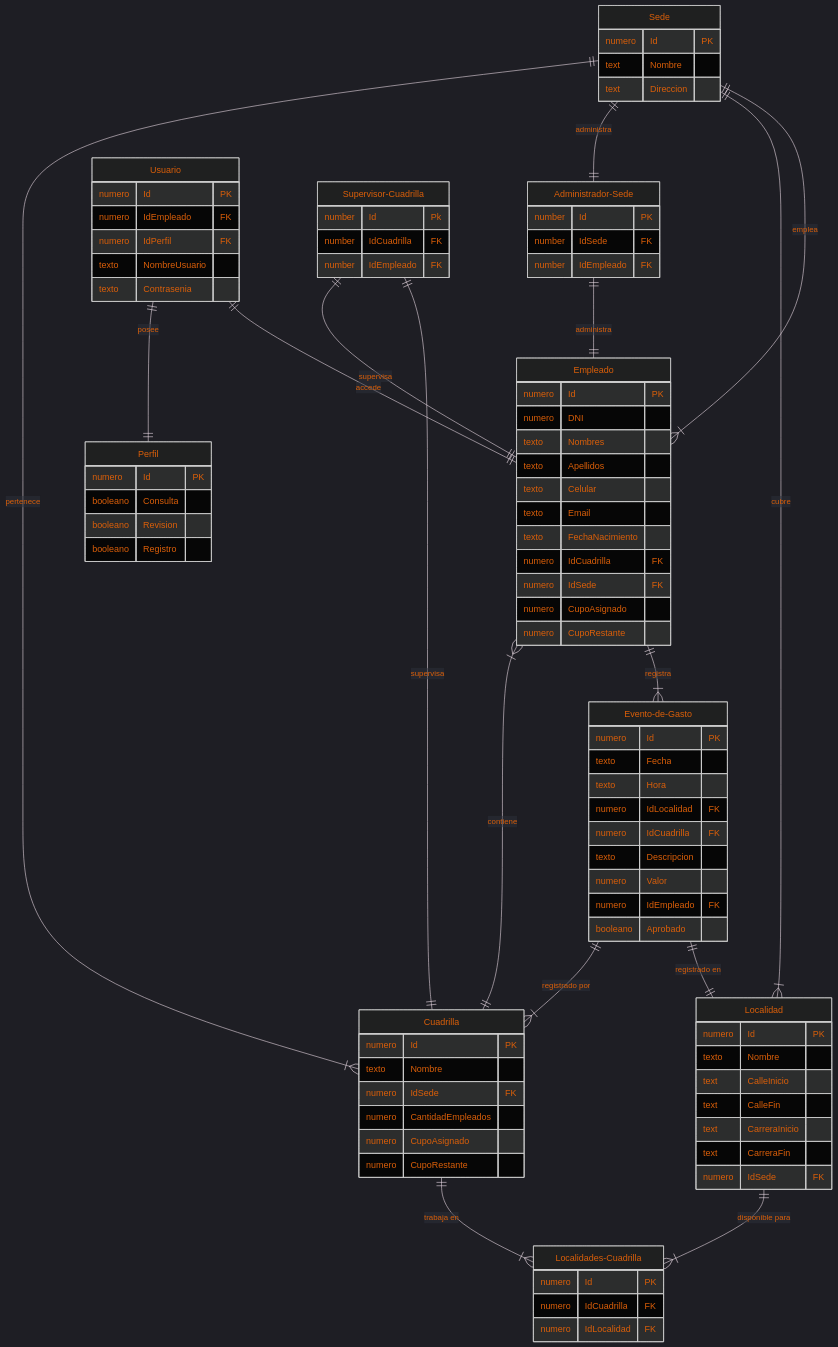
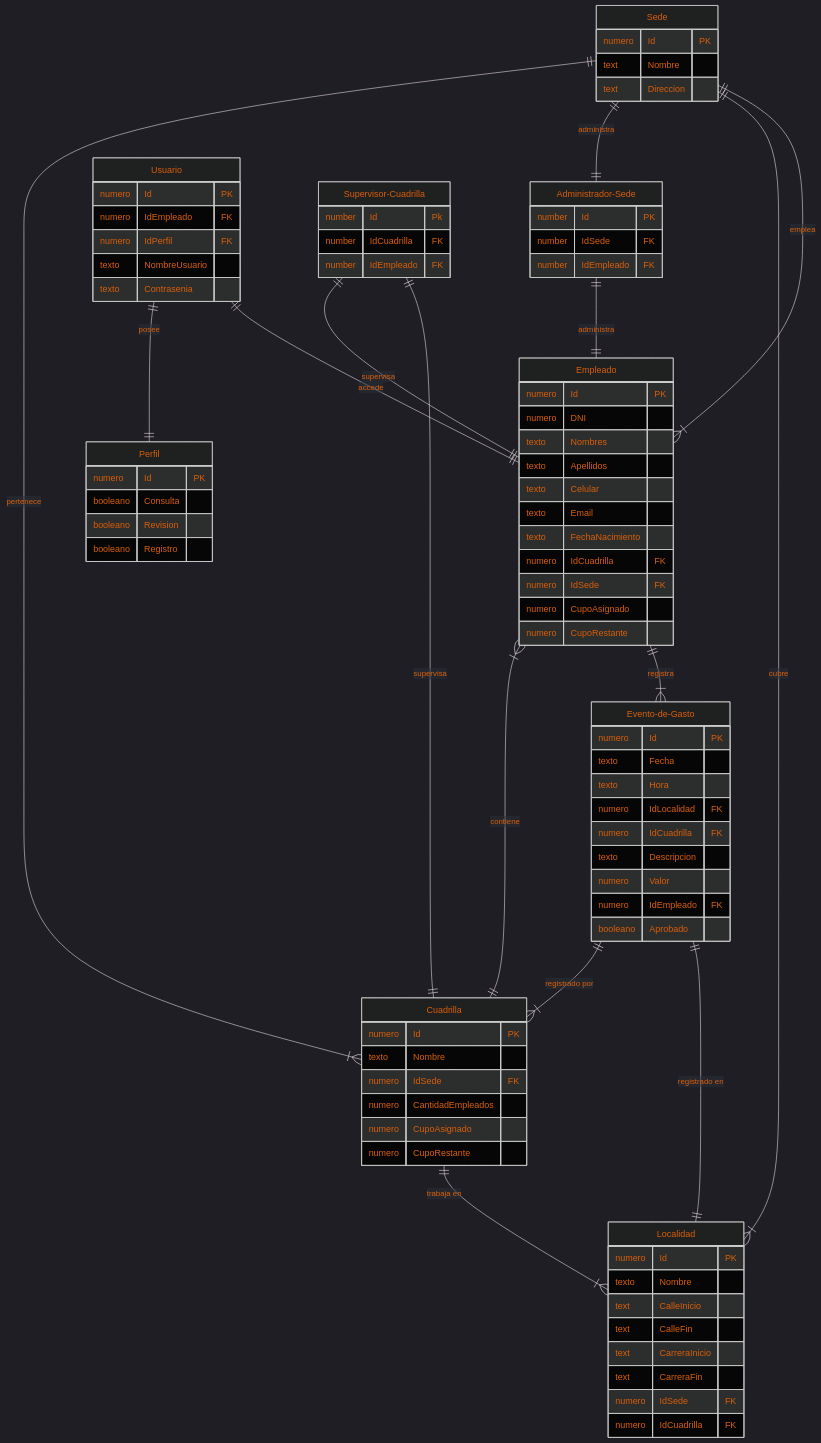
The third of 3 diagrams in README.md (sfelipehh/ProgramacionAplicada), drawn with Mermaid before and after one commit. The commit also changed other lines of this file and 36 other files, not shown here.

Commit message:
Correción del MR y de otros diagramas; entidades, repositorios, y urls de registro y consulta creadas

```diff
--- a/README.md
+++ b/README.md
@@ -104,7 +102,7 @@
     Sede ||--|| Administrador-Sede : administra
     
     Cuadrilla }|--|| Sede : pertenece
-    Cuadrilla ||--|{ Localidades-Cuadrilla : "trabaja en"
+    Cuadrilla ||--|{ Localidad : "trabaja en"
     Cuadrilla ||--|{ Empleado : contiene
     
     Empleado ||--|{ Evento-de-Gasto : registra  
@@ -114,9 +112,7 @@
     
     Usuario ||--|| Empleado : accede
     Usuario ||--|| Perfil : posee
-    
-    Localidad ||--|{ Localidades-Cuadrilla : "disponible para"
-    
+        
     Administrador-Sede ||--|| Empleado : administra
     
     Supervisor-Cuadrilla ||--|| Cuadrilla : supervisa
@@ -152,6 +148,7 @@
         text CarreraInicio
         text CarreraFin
         numero IdSede FK
+        numero IdCuadrilla FK
     }
     
     Administrador-Sede {
@@ -164,12 +161,6 @@
         number Id Pk
         number IdCuadrilla FK
         number IdEmpleado FK
-    }
-    
-    Localidades-Cuadrilla {
-        numero Id PK
-        numero IdCuadrilla FK
-        numero IdLocalidad FK
     }
     
     Cuadrilla {
```
